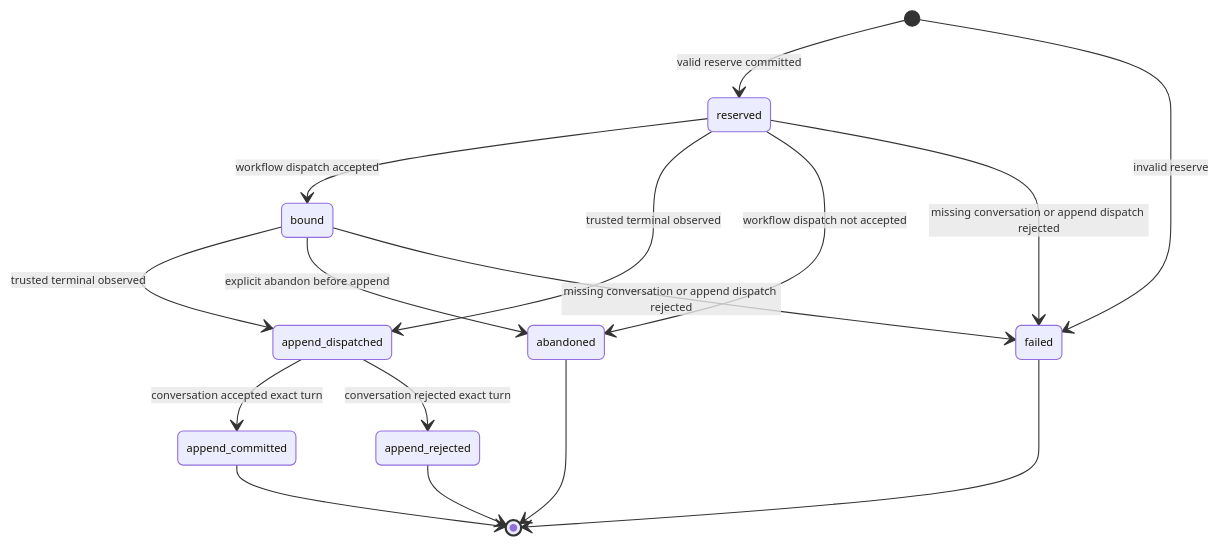
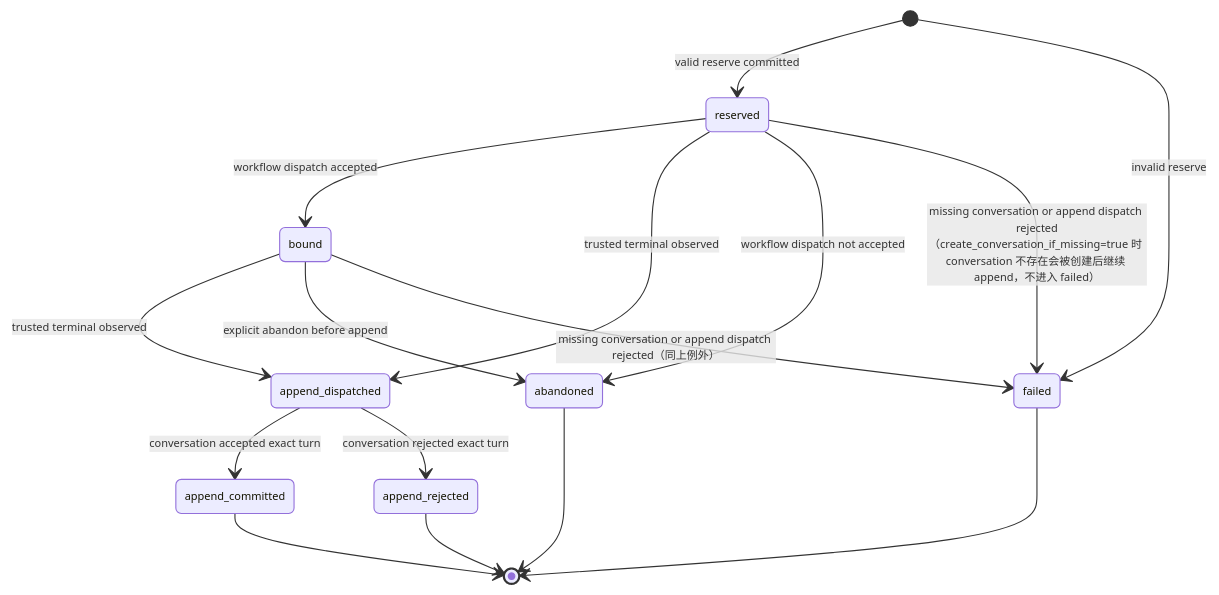
The third of 3 diagrams in 07/01-conversation-turn-and-chat-history.md (eanzhao-os/aevatar-review), drawn with Mermaid before and after one commit. The commit also changed other lines of this file and 17 other files, not shown here.

````diff
--- a/07/01-conversation-turn-and-chat-history.md
+++ b/07/01-conversation-turn-and-chat-history.md
@@ -122,19 +122,19 @@
 ```mermaid
 %%{init: {"maxTextSize": 100000, "stateDiagram": {"useMaxWidth": false}, "themeVariables": {"fontSize": "10px"}}}%%
 stateDiagram-v2
     [*] --> reserved: valid reserve committed
     reserved --> bound: workflow dispatch accepted
     reserved --> append_dispatched: trusted terminal observed
     bound --> append_dispatched: trusted terminal observed
     reserved --> abandoned: workflow dispatch not accepted
     bound --> abandoned: explicit abandon before append
     [*] --> failed: invalid reserve
-    reserved --> failed: missing conversation or append dispatch rejected
-    bound --> failed: missing conversation or append dispatch rejected
+    reserved --> failed: missing conversation or append dispatch rejected（create_conversation_if_missing=true 时 conversation 不存在会被创建后继续 append，不进入 failed）
+    bound --> failed: missing conversation or append dispatch rejected（同上例外）
     append_dispatched --> append_committed: conversation accepted exact turn
     append_dispatched --> append_rejected: conversation rejected exact turn
     append_committed --> [*]
     append_rejected --> [*]
     abandoned --> [*]
     failed --> [*]
 ```
````
